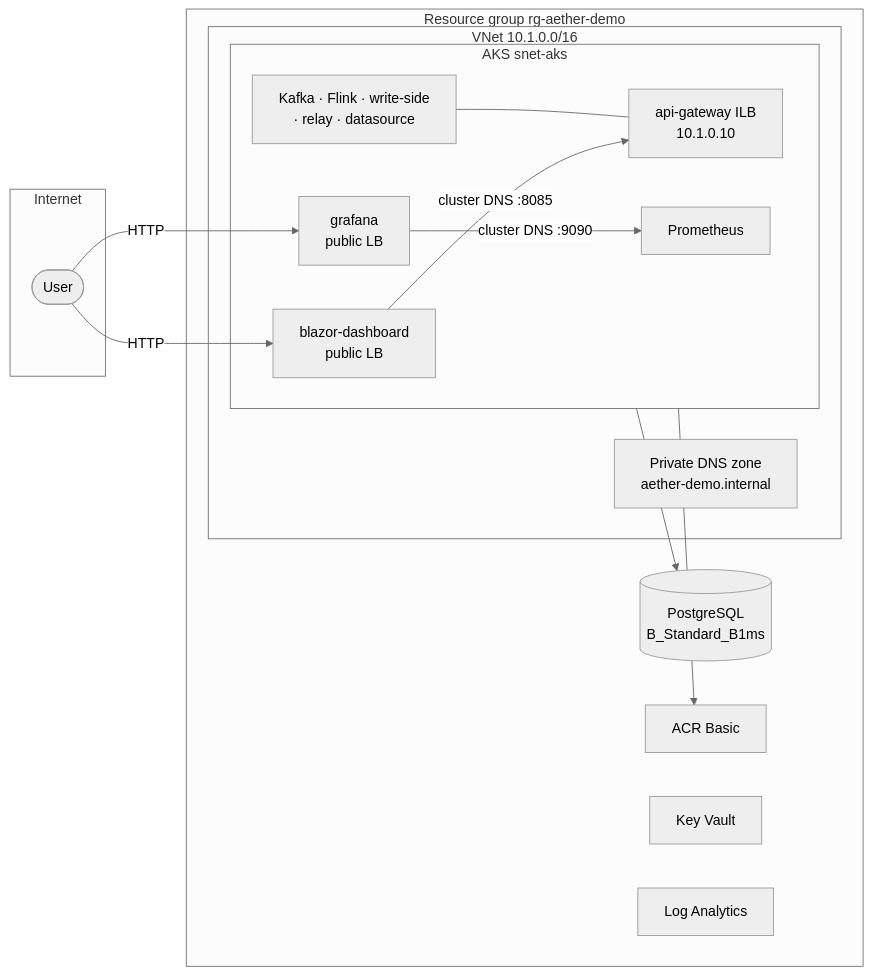
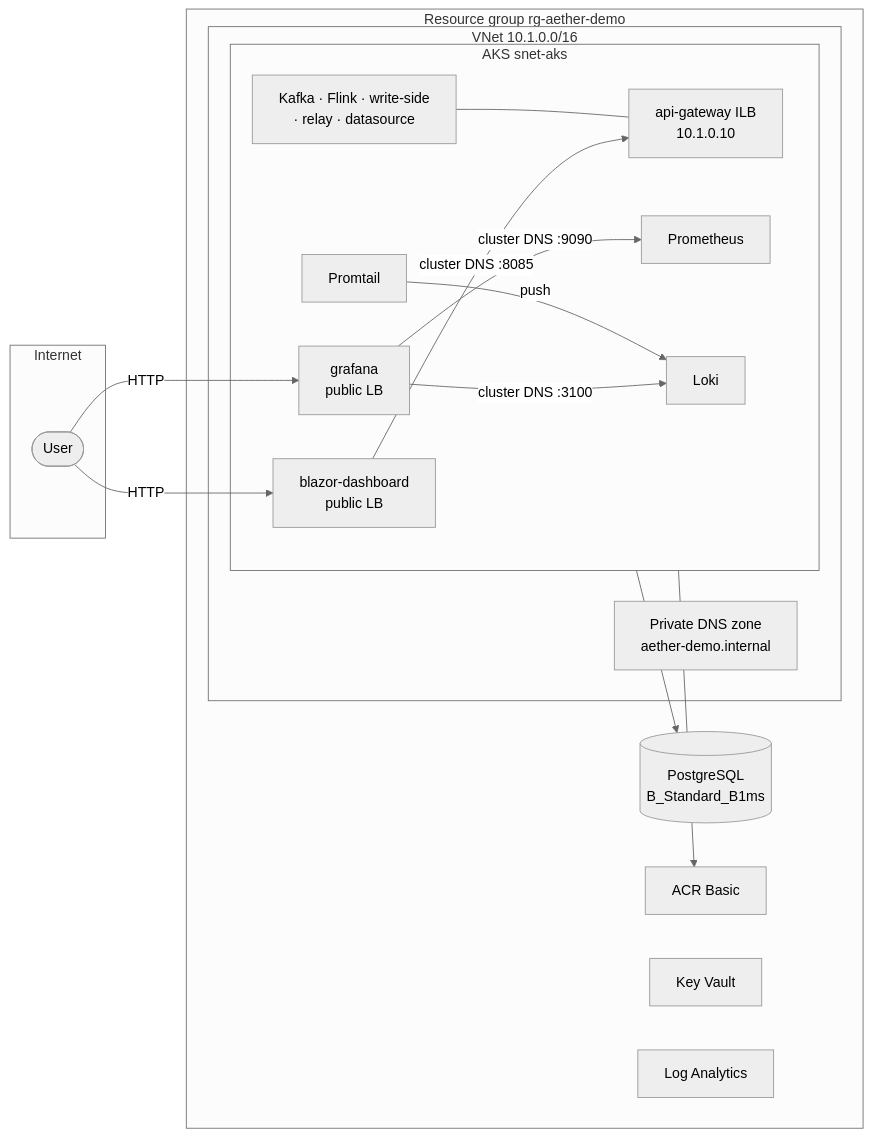
The diagram in infra/terraform/README.md (asaleh-lab/AetherStream), drawn with Mermaid (neutral theme) before and after one commit. The commit also changed other lines of this file and 16 other files, not shown here.

First line of the commit message:
feat(infra): add Loki and Promtail to AKS for Grafana log parity

````diff
--- a/infra/terraform/README.md
+++ b/infra/terraform/README.md
@@ -30,32 +30,36 @@
 ```mermaid
 flowchart LR
   subgraph Internet
     U([User])
   end
 
   subgraph RG["Resource group rg-aether-demo"]
     subgraph VNet["VNet 10.1.0.0/16"]
       subgraph AKS["AKS snet-aks"]
         BLAZOR["blazor-dashboard<br/>public LB"]
         GRAF["grafana<br/>public LB"]
         AGW_ILB["api-gateway ILB<br/>10.1.0.10"]
         PROM["Prometheus"]
+        LOKI["Loki"]
+        PROMTAIL["Promtail"]
         PODS["Kafka · Flink · write-side<br/>· relay · datasource"]
       end
       PDNS["Private DNS zone<br/>aether-demo.internal"]
     end
 
     PG[("PostgreSQL<br/>B_Standard_B1ms")]
     ACR["ACR Basic"]
     KV["Key Vault"]
     LAW["Log Analytics"]
   end
 
   U -->|HTTP| BLAZOR
   U -->|HTTP| GRAF
   BLAZOR -->|cluster DNS :8085| AGW_ILB
   GRAF -->|cluster DNS :9090| PROM
+  GRAF -->|cluster DNS :3100| LOKI
+  PROMTAIL -->|push| LOKI
   PODS --- AGW_ILB
   AKS --> PG
   AKS --> ACR
 ```
````
